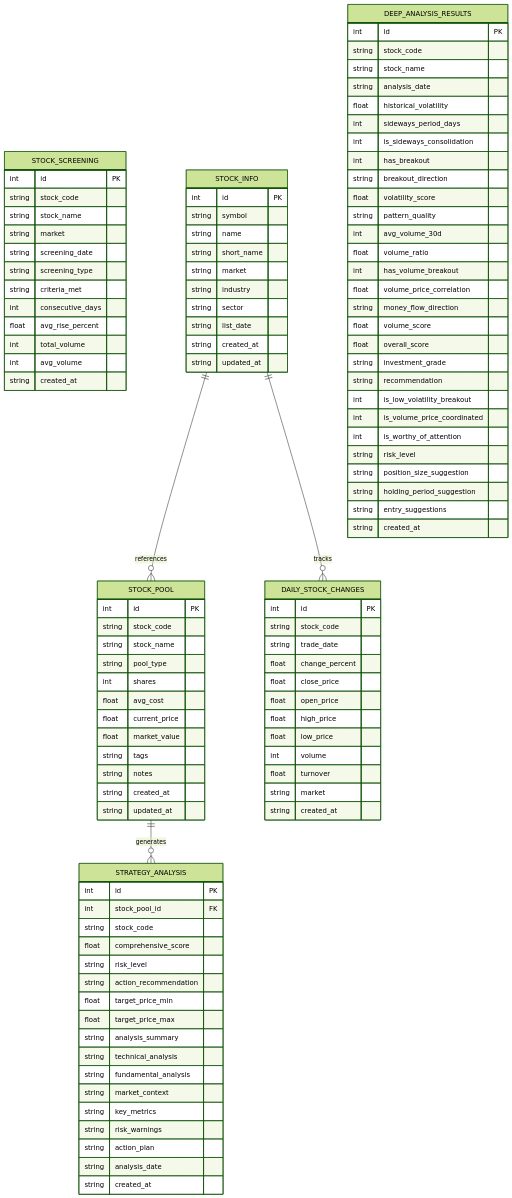
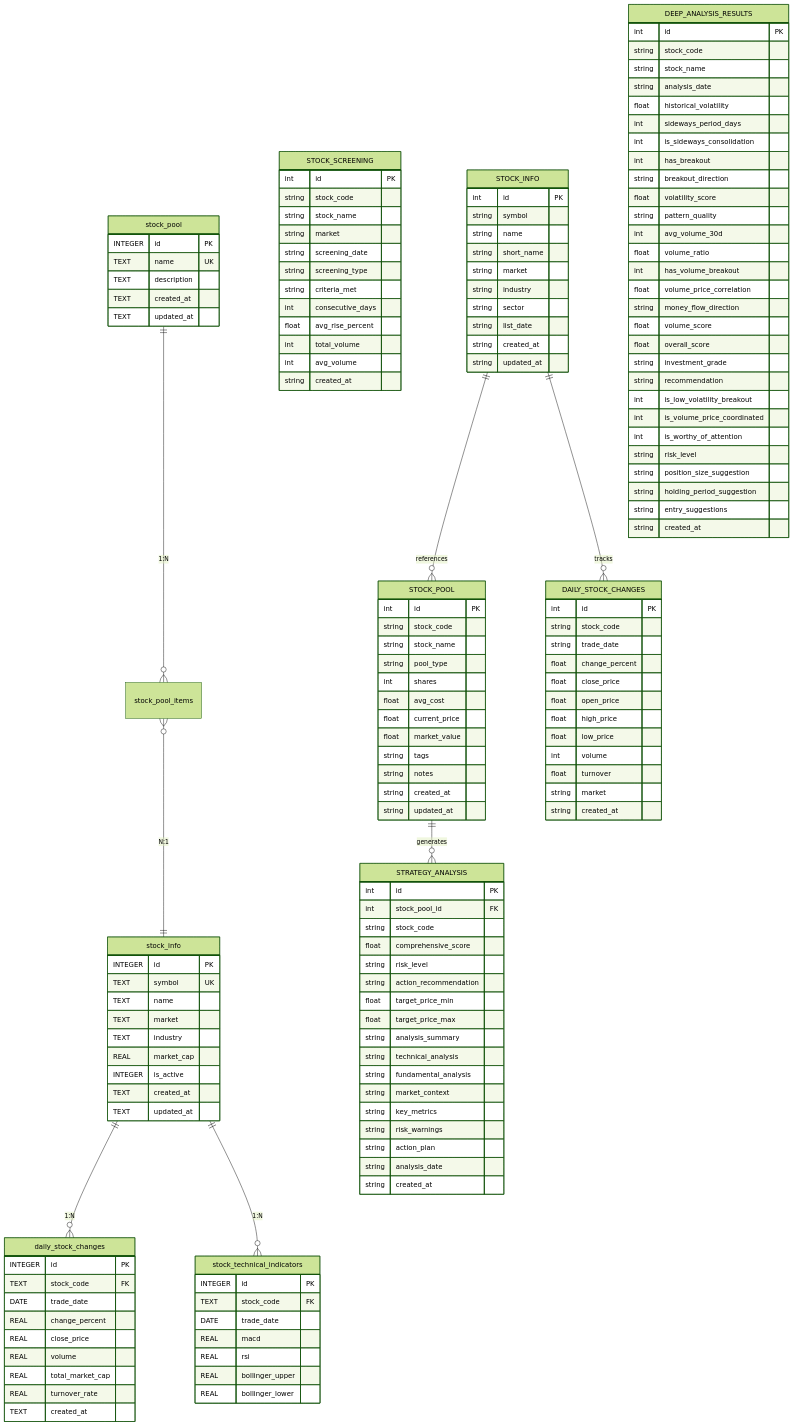
One commit to tianbao424/Claude-made-stock-bot changed the diagram in docs/07-database.md. Above: the diagram before and after it, drawn with Mermaid (forest theme). The commit also changed other lines of this file and 9 other files, not shown here.

````diff
--- a/docs/07-database.md
+++ b/docs/07-database.md
@@ -16,5 +16,52 @@
 ```mermaid
 erDiagram
+    stock_info ||--o{ daily_stock_changes : "1:N"
+    stock_info ||--o{ stock_technical_indicators : "1:N"
+    stock_pool ||--o{ stock_pool_items : "1:N"
+    stock_pool_items }o--|| stock_info : "N:1"
+    
+    stock_info {
+        INTEGER id PK
+        TEXT symbol UK
+        TEXT name
+        TEXT market
+        TEXT industry
+        REAL market_cap
+        INTEGER is_active
+        TEXT created_at
+        TEXT updated_at
+    }
+    
+    daily_stock_changes {
+        INTEGER id PK
+        TEXT stock_code FK
+        DATE trade_date
+        REAL change_percent
+        REAL close_price
+        REAL volume
+        REAL total_market_cap
+        REAL turnover_rate
+        TEXT created_at
+    }
+    
+    stock_technical_indicators {
+        INTEGER id PK
+        TEXT stock_code FK
+        DATE trade_date
+        REAL macd
+        REAL rsi
+        REAL bollinger_upper
+        REAL bollinger_lower
+    }
+    
+    stock_pool {
+        INTEGER id PK
+        TEXT name UK
+        TEXT description
+        TEXT created_at
+        TEXT updated_at
+    }
+
     STOCK_POOL {
         int id PK
         string stock_code
````
